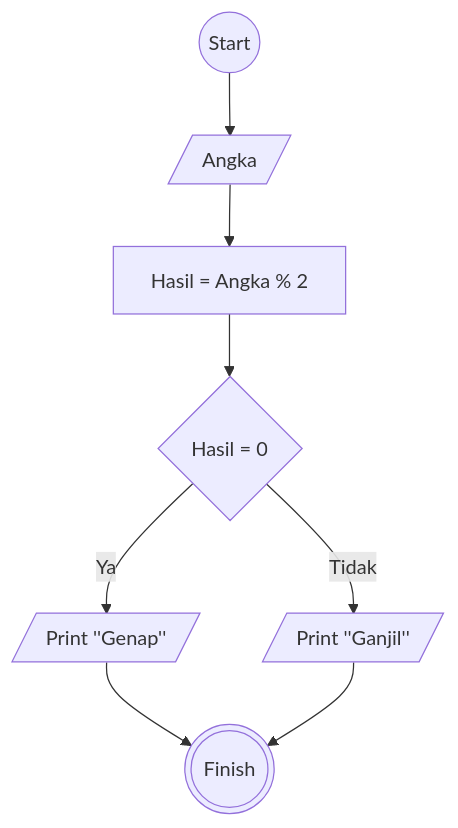
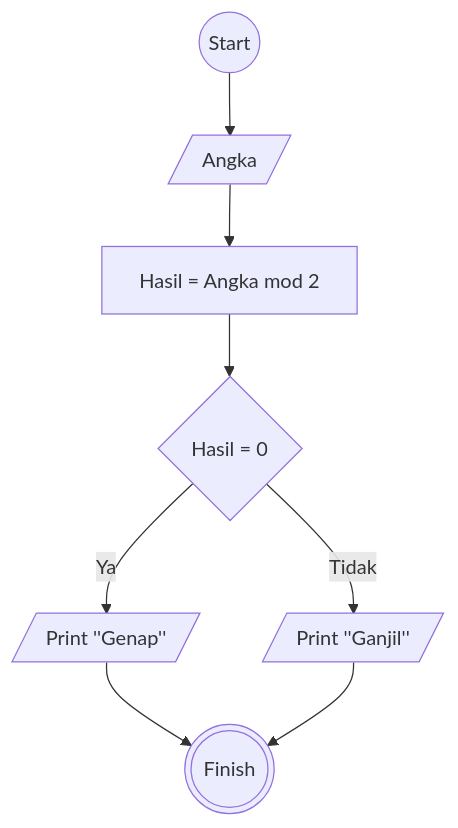
Before and after one commit to aldi-ardyansah/koda-b10-algoritma: the diagram in README.md, drawn with Mermaid.

````diff
--- a/README.md
+++ b/README.md
@@ -23,8 +23,8 @@
 ```mermaid
 flowchart TD
     A((Start)) --> B[/Angka/]
     B[/Angka/] --> C[Angka / 2]
-    C[Hasil = Angka % 2] --> D{Hasil = 0}
+    C[Hasil = Angka mod 2] --> D{Hasil = 0}
     D{Hasil = 0} --Ya--> E[/Print ''Genap''/] --> G(((Finish)))
     D{Hasil = 0} --Tidak--> F[/Print ''Ganjil''/] --> G(((Finish)))
 ```
````
